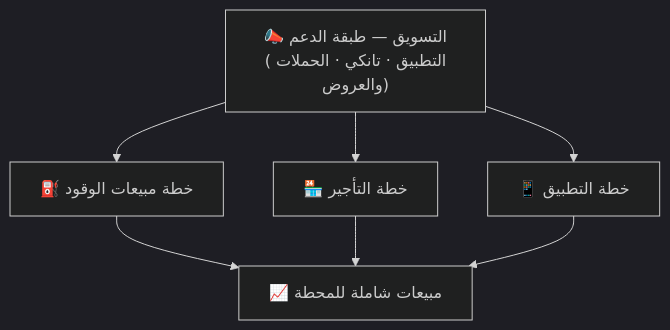
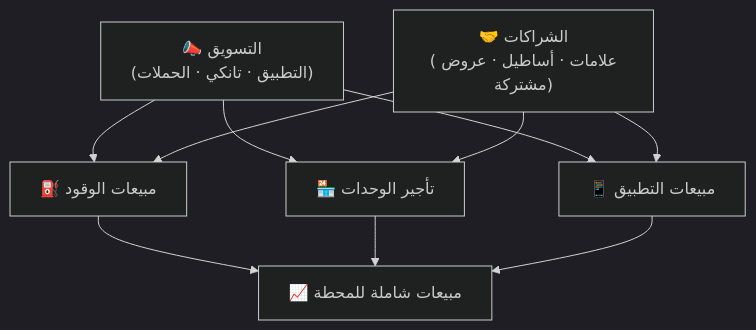
The diagram in docs/framework.md (darbstations/khadija), drawn with Mermaid (dark theme) before and after one commit. The commit also changed other lines of this file and 6 other files, not shown here.

````diff
--- a/docs/framework.md
+++ b/docs/framework.md
@@ -16,14 +17,18 @@
 ```mermaid
 flowchart TB
-    MKT["📣 التسويق — طبقة الدعم<br/>(التطبيق · تانكي · الحملات والعروض)"]
-    F["⛽ خطة مبيعات الوقود"]
-    L["🏪 خطة التأجير"]
-    A["📱 خطة التطبيق"]
+    MKT["📣 التسويق<br/>(التطبيق · تانكي · الحملات)"]
+    PRT["🤝 الشراكات<br/>(علامات · أساطيل · عروض مشتركة)"]
+    F["⛽ مبيعات الوقود"]
+    L["🏪 تأجير الوحدات"]
+    A["📱 مبيعات التطبيق"]
     G["📈 مبيعات شاملة للمحطة"]
     MKT --> F
     MKT --> L
     MKT --> A
+    PRT --> F
+    PRT --> L
+    PRT --> A
     F --> G
     L --> G
     A --> G
 ```
````
